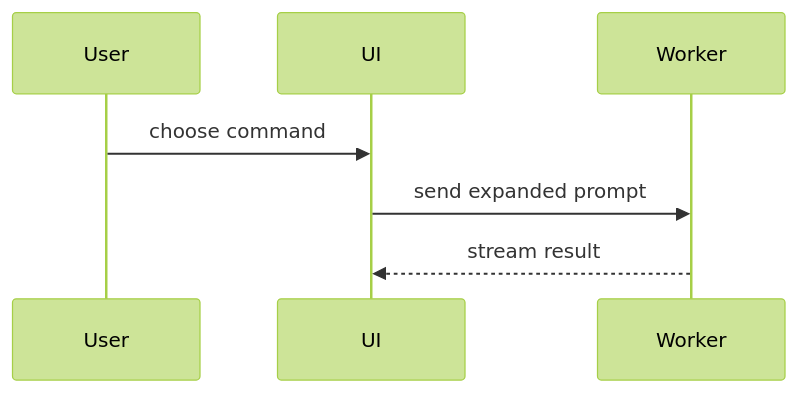
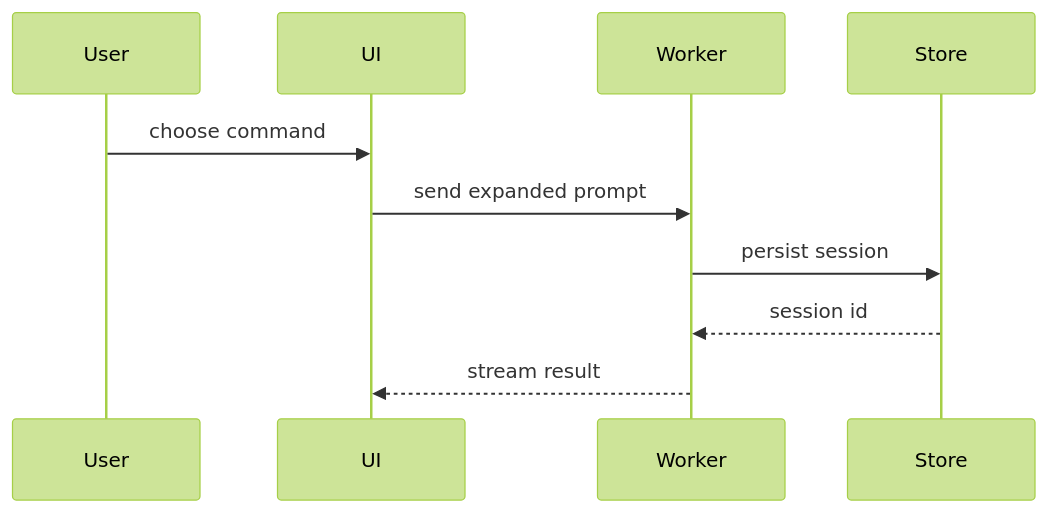
The first of 2 diagrams in skills/make-pr/REFERENCE.md (prathamdby/skills), drawn with Mermaid (forest theme) before and after one commit. The commit also changed other lines of this file and 2 other files, not shown here.

````diff
--- a/skills/make-pr/REFERENCE.md
+++ b/skills/make-pr/REFERENCE.md
@@ -137,9 +168,12 @@
 ```mermaid
 sequenceDiagram
     participant User
     participant UI
     participant Worker
+    participant Store
     User->>UI: choose command
     UI->>Worker: send expanded prompt
+    Worker->>Store: persist session
+    Store-->>Worker: session id
     Worker-->>UI: stream result
 ```
````
